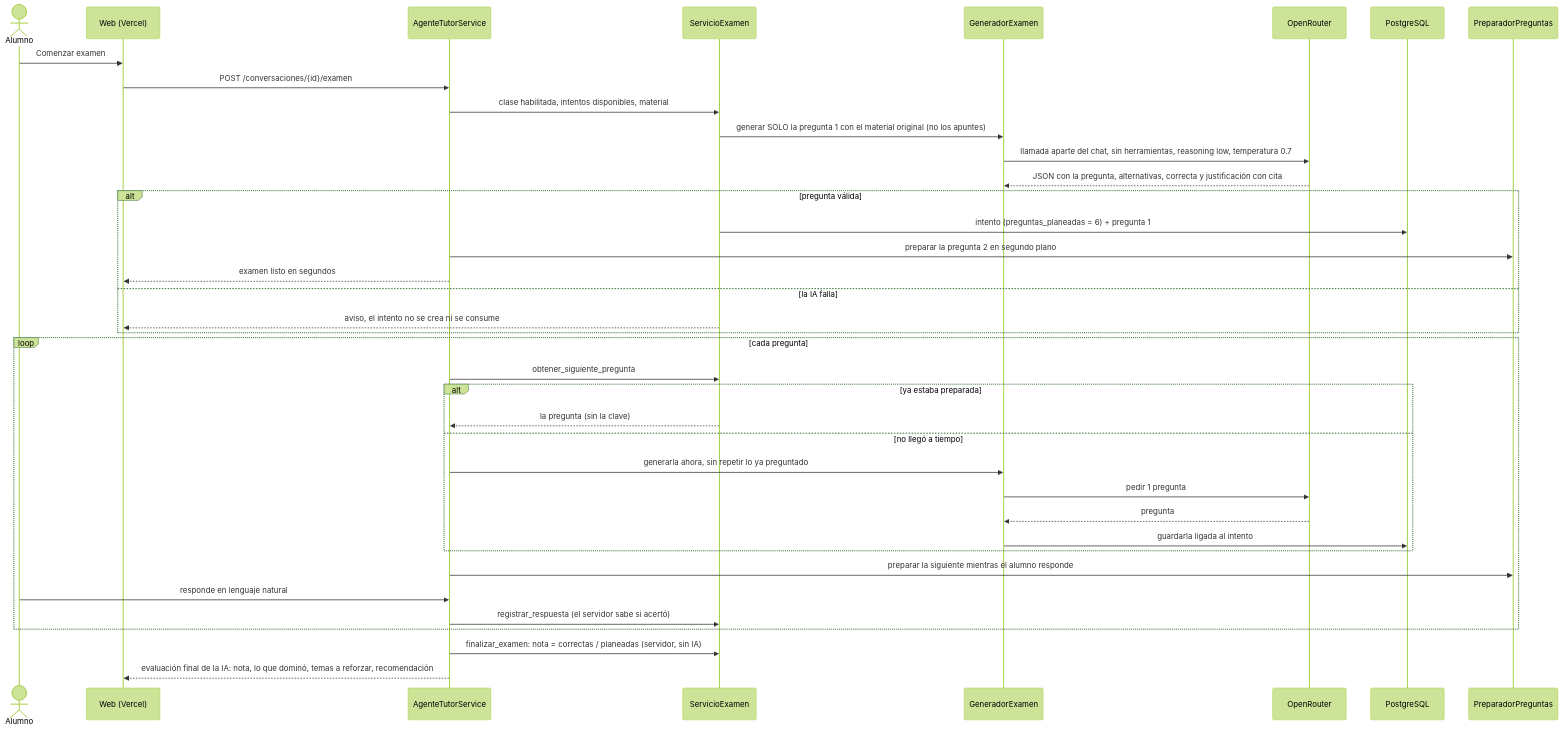
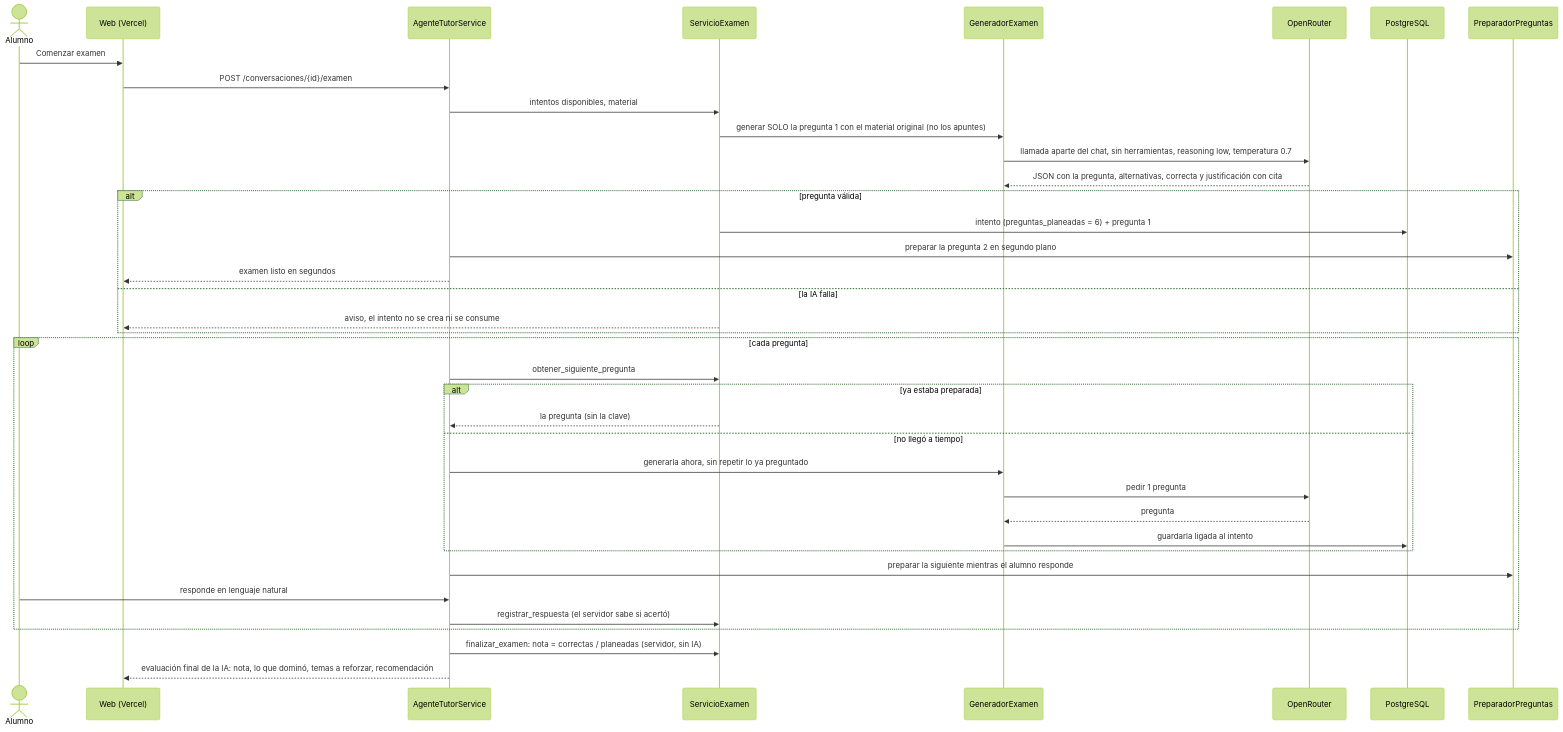
The eighth of 11 diagrams in specs/05-flujos-del-agente-tutor.md (hideakiuchida/TutorPre), drawn with Mermaid (forest theme) before and after one commit. The commit also changed other lines of this file and 24 other files, not shown here.

````diff
--- a/specs/05-flujos-del-agente-tutor.md
+++ b/specs/05-flujos-del-agente-tutor.md
@@ -522,42 +522,42 @@
 ```mermaid
 sequenceDiagram
     actor U as Alumno
     participant W as Web (Vercel)
     participant T as AgenteTutorService
     participant E as ServicioExamen
     participant G as GeneradorExamen
     participant O as OpenRouter
     participant D as PostgreSQL
 
     participant P as PreparadorPreguntas
 
     U->>W: Comenzar examen
     W->>T: POST /conversaciones/{id}/examen
-    T->>E: clase habilitada, intentos disponibles, material
+    T->>E: intentos disponibles, material
     E->>G: generar SOLO la pregunta 1 con el material original (no los apuntes)
     G->>O: llamada aparte del chat, sin herramientas, reasoning low, temperatura 0.7
     O-->>G: JSON con la pregunta, alternativas, correcta y justificación con cita
     alt pregunta válida
         E->>D: intento (preguntas_planeadas = 6) + pregunta 1
         T->>P: preparar la pregunta 2 en segundo plano
         T-->>W: examen listo en segundos
     else la IA falla
         E-->>W: aviso, el intento no se crea ni se consume
     end
     loop cada pregunta
         T->>E: obtener_siguiente_pregunta
         alt ya estaba preparada
             E-->>T: la pregunta (sin la clave)
         else no llegó a tiempo
             T->>G: generarla ahora, sin repetir lo ya preguntado
             G->>O: pedir 1 pregunta
             O-->>G: pregunta
             G->>D: guardarla ligada al intento
         end
         T->>P: preparar la siguiente mientras el alumno responde
         U->>T: responde en lenguaje natural
         T->>E: registrar_respuesta (el servidor sabe si acertó)
     end
     T->>E: finalizar_examen: nota = correctas / planeadas (servidor, sin IA)
     T-->>W: evaluación final de la IA: nota, lo que dominó, temas a reforzar, recomendación
 ```
````
